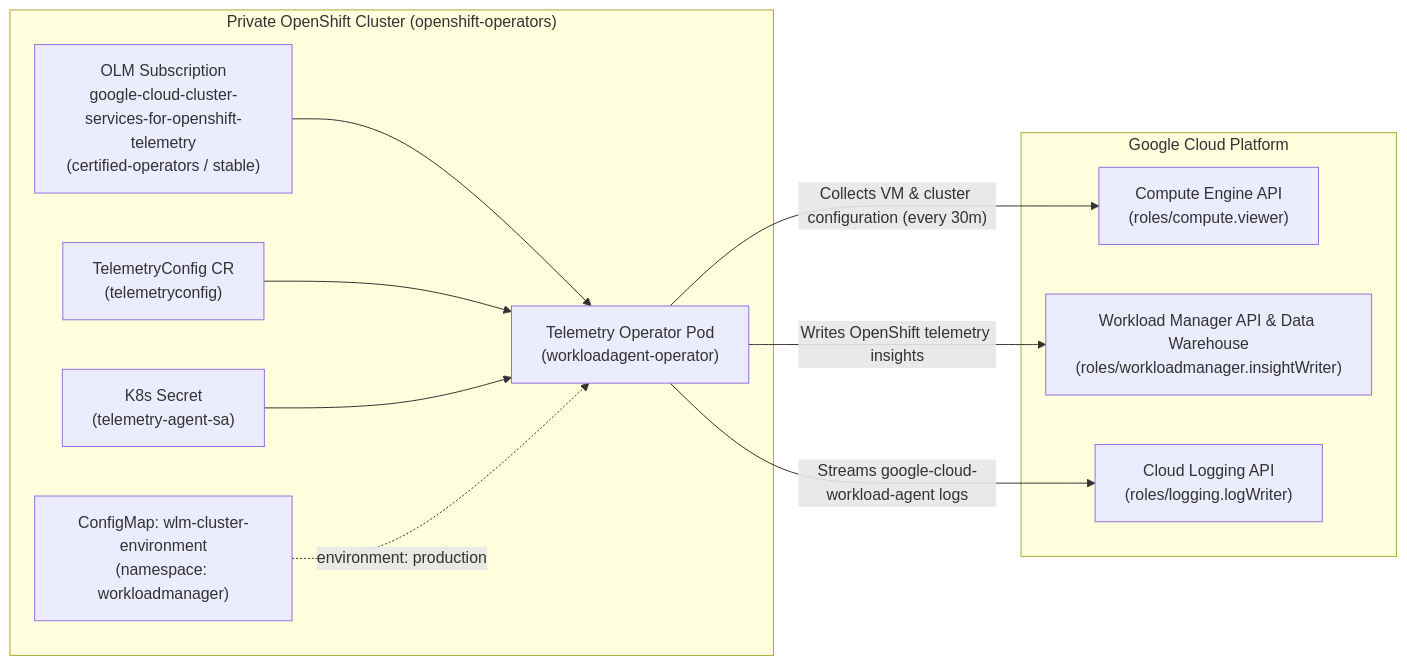
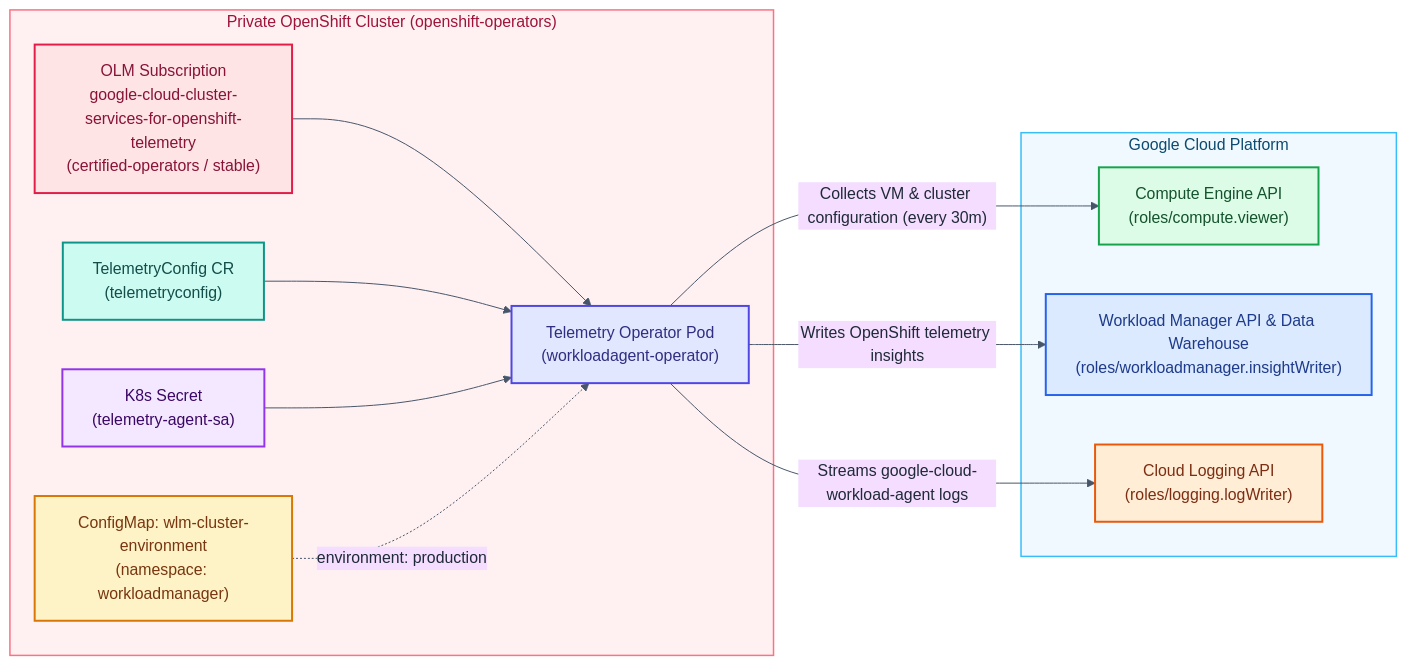
One commit to erdemgu/ocp-gcp-demo changed the diagram in workload-manager/README.md. Above: the diagram before and after it, drawn with Mermaid. The commit also changed 3 other files, not shown here.

Commit message:
Move Platform Notes & Solved Issues to bottom of README and add light-theme colors to architecture diagrams

````diff
--- a/workload-manager/README.md
+++ b/workload-manager/README.md
@@ -15,24 +15,37 @@
 ```mermaid
+%%{init: {'theme': 'base', 'themeVariables': { 'background': '#ffffff', 'primaryTextColor': '#1f2937', 'lineColor': '#475569' }}}%%
 flowchart LR
     subgraph OCP["Private OpenShift Cluster (openshift-operators)"]
-        SUB["OLM Subscription<br/>google-cloud-cluster-services-for-openshift-telemetry<br/>(certified-operators / stable)"]
-        OP["Telemetry Operator Pod<br/>(workloadagent-operator)"]
-        TC["TelemetryConfig CR<br/>(telemetryconfig)"]
-        SEC["K8s Secret<br/>(telemetry-agent-sa)"]
-        WLM_CM["ConfigMap: wlm-cluster-environment<br/>(namespace: workloadmanager)"]
+        SUB["OLM Subscription<br/>google-cloud-cluster-services-for-openshift-telemetry<br/>(certified-operators / stable)"]:::subscription
+        OP["Telemetry Operator Pod<br/>(workloadagent-operator)"]:::operator
+        TC["TelemetryConfig CR<br/>(telemetryconfig)"]:::cr
+        SEC["K8s Secret<br/>(telemetry-agent-sa)"]:::secret
+        WLM_CM["ConfigMap: wlm-cluster-environment<br/>(namespace: workloadmanager)"]:::config
     end
 
     subgraph GCP["Google Cloud Platform"]
-        GCE["Compute Engine API<br/>(roles/compute.viewer)"]
-        WLM["Workload Manager API & Data Warehouse<br/>(roles/workloadmanager.insightWriter)"]
-        LOG["Cloud Logging API<br/>(roles/logging.logWriter)"]
+        GCE["Compute Engine API<br/>(roles/compute.viewer)"]:::compute
+        WLM["Workload Manager API & Data Warehouse<br/>(roles/workloadmanager.insightWriter)"]:::wlm
+        LOG["Cloud Logging API<br/>(roles/logging.logWriter)"]:::logging
     end
 
     SUB --> OP
     TC --> OP
     SEC --> OP
     WLM_CM -. "environment: production" .-> OP
     OP -- "Collects VM & cluster configuration (every 30m)" --> GCE
     OP -- "Writes OpenShift telemetry insights" --> WLM
     OP -- "Streams google-cloud-workload-agent logs" --> LOG
+
+    classDef subscription fill:#ffe4e6,stroke:#e11d48,stroke-width:2px,color:#881337
+    classDef operator fill:#e0e7ff,stroke:#4f46e5,stroke-width:2px,color:#312e81
+    classDef cr fill:#ccfbf1,stroke:#0d9488,stroke-width:2px,color:#134e4a
+    classDef secret fill:#f3e8ff,stroke:#9333ea,stroke-width:2px,color:#3b0764
+    classDef config fill:#fef3c7,stroke:#d97706,stroke-width:2px,color:#78350f
+    classDef compute fill:#dcfce7,stroke:#16a34a,stroke-width:2px,color:#14532d
+    classDef wlm fill:#dbeafe,stroke:#2563eb,stroke-width:2px,color:#1e3a8a
+    classDef logging fill:#ffedd5,stroke:#ea580c,stroke-width:2px,color:#7c2d12
+
+    style OCP fill:#fff1f2,stroke:#fb7185,stroke-width:1.5px,color:#9f1239
+    style GCP fill:#f0f9ff,stroke:#38bdf8,stroke-width:1.5px,color:#0c4a6e
 ```
````
